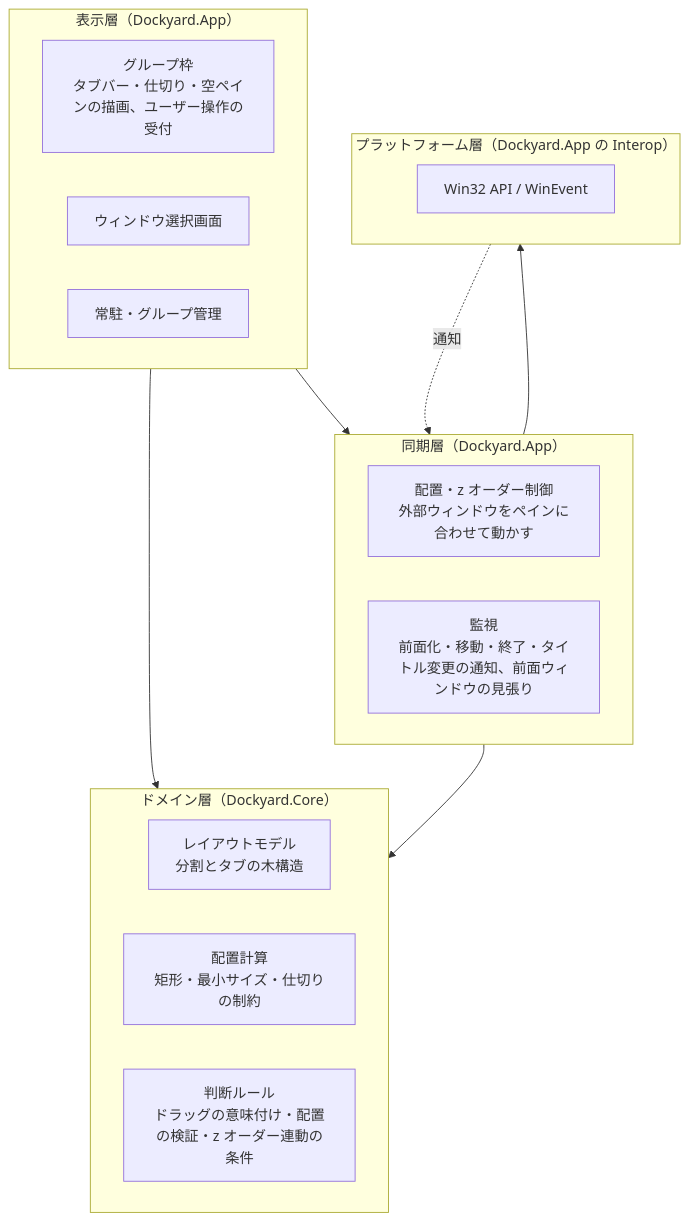
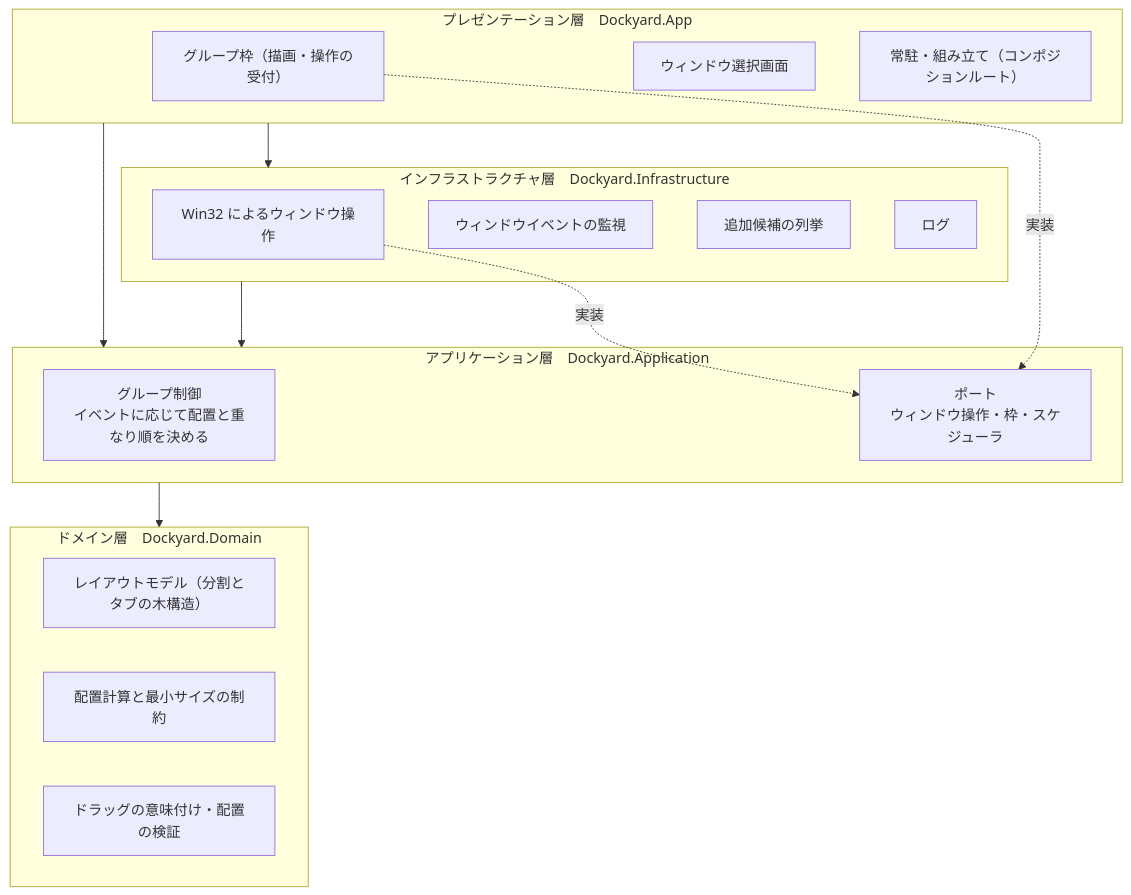
The first of 6 diagrams in docs/architecture.md (ntaksh42/dockyard), drawn with Mermaid before and after one commit. The commit also changed other lines of this file, not shown here.

````diff
--- a/docs/architecture.md
+++ b/docs/architecture.md
@@ -19,29 +21,33 @@
 ```mermaid
 flowchart TB
-    subgraph UI["表示層（Dockyard.App）"]
-        Frame["グループ枠<br/>タブバー・仕切り・空ペインの描画、ユーザー操作の受付"]
+    subgraph P["プレゼンテーション層　Dockyard.App"]
+        Frame["グループ枠（描画・操作の受付）"]
         Picker["ウィンドウ選択画面"]
-        Tray["常駐・グループ管理"]
+        Root["常駐・組み立て（コンポジションルート）"]
     end
 
-    subgraph Sync["同期層（Dockyard.App）"]
-        Placement["配置・z オーダー制御<br/>外部ウィンドウをペインに合わせて動かす"]
-        Watch["監視<br/>前面化・移動・終了・タイトル変更の通知、前面ウィンドウの見張り"]
+    subgraph A["アプリケーション層　Dockyard.Application"]
+        Ctrl["グループ制御<br/>イベントに応じて配置と重なり順を決める"]
+        Ports["ポート<br/>ウィンドウ操作・枠・スケジューラ"]
     end
 
-    subgraph Domain["ドメイン層（Dockyard.Core）"]
-        Layout["レイアウトモデル<br/>分割とタブの木構造"]
-        Geometry["配置計算<br/>矩形・最小サイズ・仕切りの制約"]
-        Rules["判断ルール<br/>ドラッグの意味付け・配置の検証・z オーダー連動の条件"]
+    subgraph D["ドメイン層　Dockyard.Domain"]
+        Layout["レイアウトモデル（分割とタブの木構造）"]
+        Geometry["配置計算と最小サイズの制約"]
+        Rules["ドラッグの意味付け・配置の検証"]
     end
 
-    subgraph Platform["プラットフォーム層（Dockyard.App の Interop）"]
-        Win32["Win32 API / WinEvent"]
+    subgraph I["インフラストラクチャ層　Dockyard.Infrastructure"]
+        Win["Win32 によるウィンドウ操作"]
+        Events["ウィンドウイベントの監視"]
+        Catalog["追加候補の列挙"]
+        Log["ログ"]
     end
 
-    UI --> Sync
-    UI --> Domain
-    Sync --> Domain
-    Sync --> Platform
-    Platform -.通知.-> Sync
+    P --> A
+    P --> I
+    A --> D
+    I --> A
+    Win -. 実装 .-> Ports
+    Frame -. 実装 .-> Ports
 ```
````
